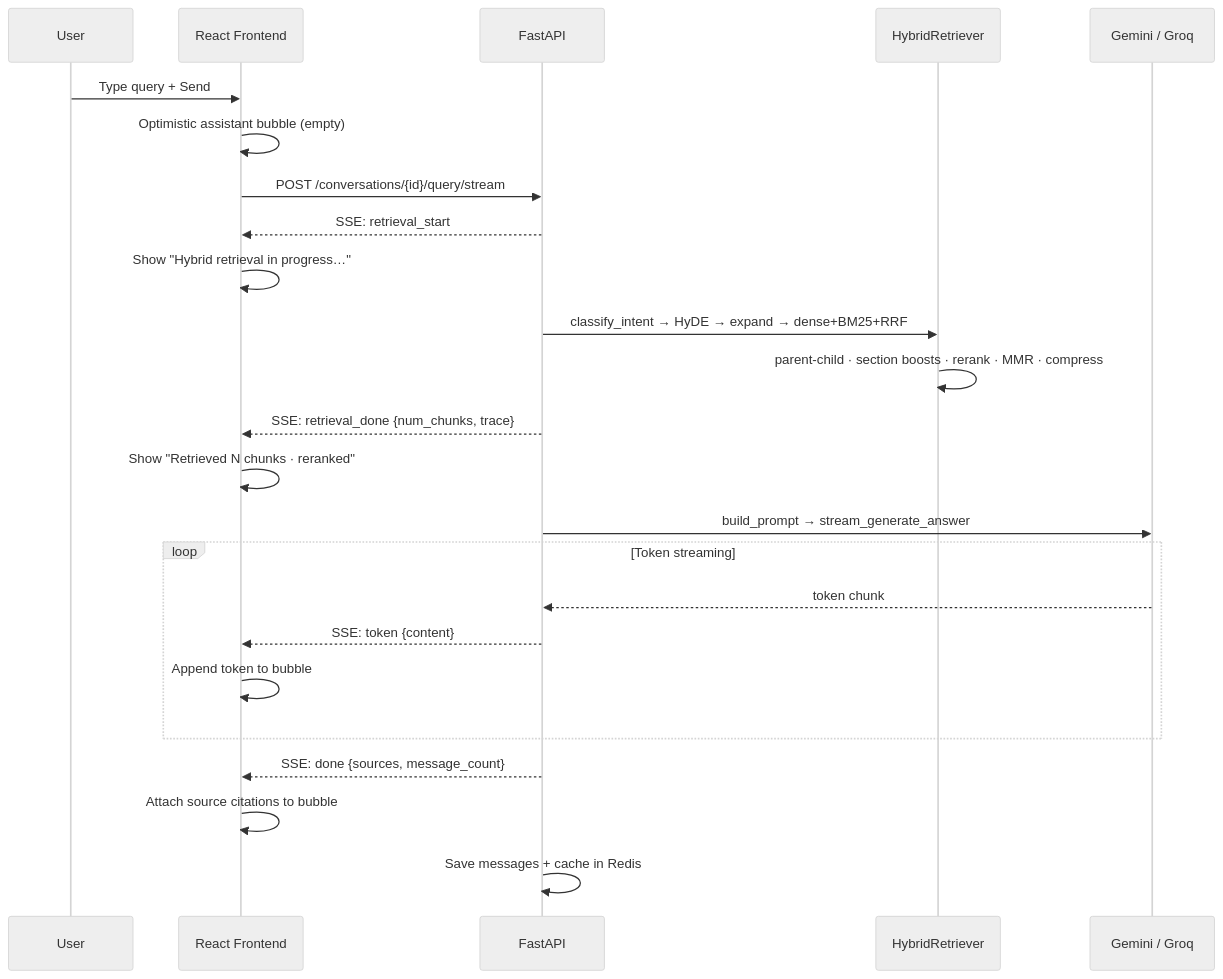
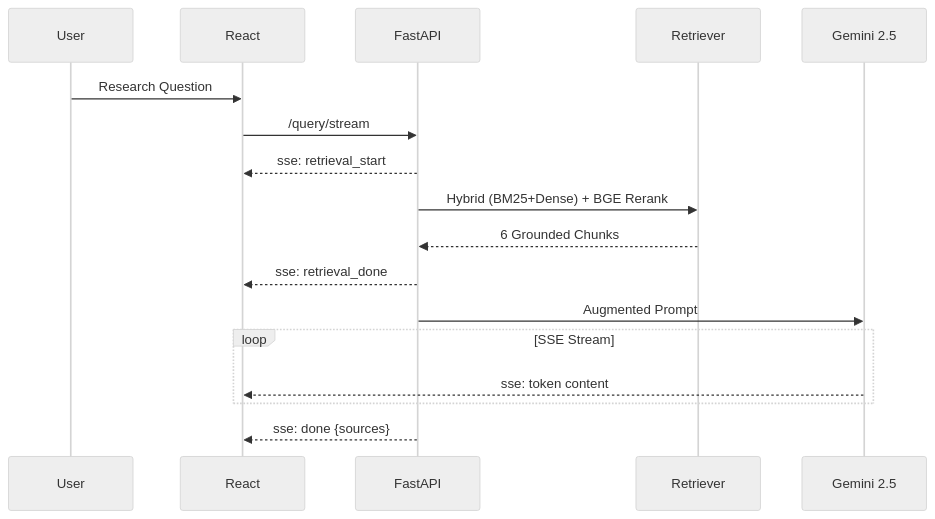
One commit to HimasagarU/Arxiv-RAG-Assistant changed the second of 5 diagrams in README.md. Above: the diagram before and after it, drawn with Mermaid (neutral theme). The commit also changed other lines of this file and 17 other files, not shown here.

Commit message:
feat: finalize scientific RAG pipeline, enhance architectural documentation, and add internal flowcharts

````diff
--- a/README.md
+++ b/README.md
@@ -74,30 +73,24 @@
 ```mermaid
 sequenceDiagram
     participant U as User
-    participant FE as React Frontend
+    participant FE as React
     participant API as FastAPI
-    participant RET as HybridRetriever
-    participant LLM as Gemini / Groq
+    participant RET as Retriever
+    participant LLM as Gemini 2.5
 
-    U->>FE: Type query + Send
-    FE->>FE: Optimistic assistant bubble (empty)
-    FE->>API: POST /conversations/{id}/query/stream
-    API-->>FE: SSE: retrieval_start
-    FE->>FE: Show "Hybrid retrieval in progress…"
-
-    API->>RET: classify_intent → HyDE → expand → dense+BM25+RRF
-    RET->>RET: parent-child · section boosts · rerank · MMR · compress
-    API-->>FE: SSE: retrieval_done {num_chunks, trace}
-    FE->>FE: Show "Retrieved N chunks · reranked"
-
-    API->>LLM: build_prompt → stream_generate_answer
-    loop Token streaming
-        LLM-->>API: token chunk
-        API-->>FE: SSE: token {content}
-        FE->>FE: Append token to bubble
+    U->>FE: Research Question
+    FE->>API: /query/stream
+    API-->>FE: sse: retrieval_start
+    
+    API->>RET: Hybrid (BM25+Dense) + BGE Rerank
+    RET-->>API: 6 Grounded Chunks
+    
+    API-->>FE: sse: retrieval_done
+    
+    API->>LLM: Augmented Prompt
+    loop SSE Stream
+        LLM-->>FE: sse: token content
     end
-
-    API-->>FE: SSE: done {sources, message_count}
-    FE->>FE: Attach source citations to bubble
-    API->>API: Save messages + cache in Redis
+    
+    API-->>FE: sse: done {sources}
 ```
````
